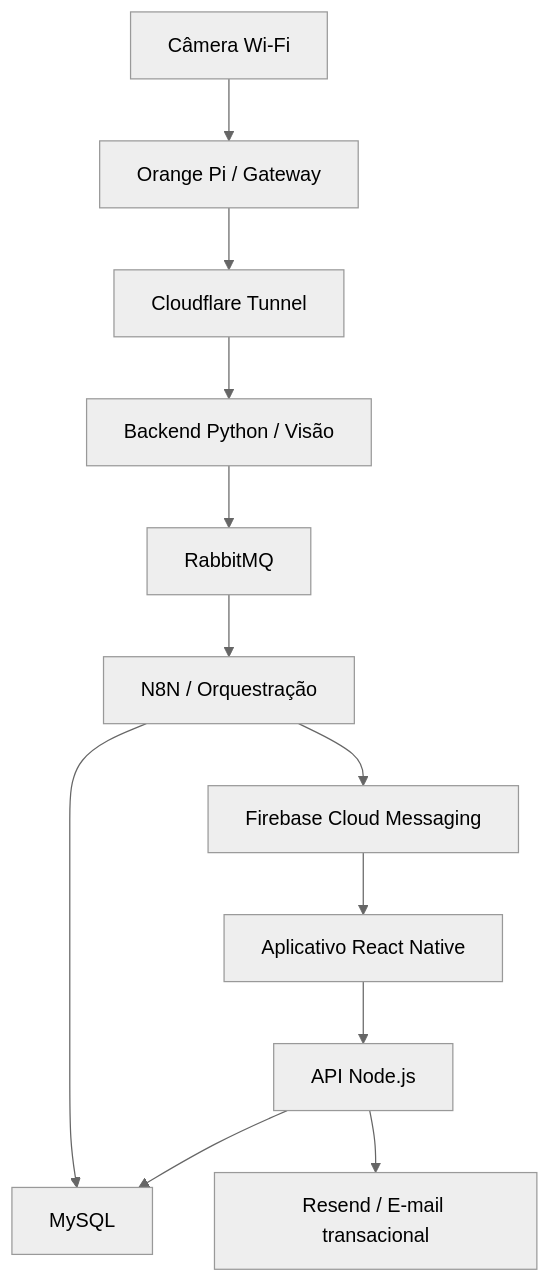
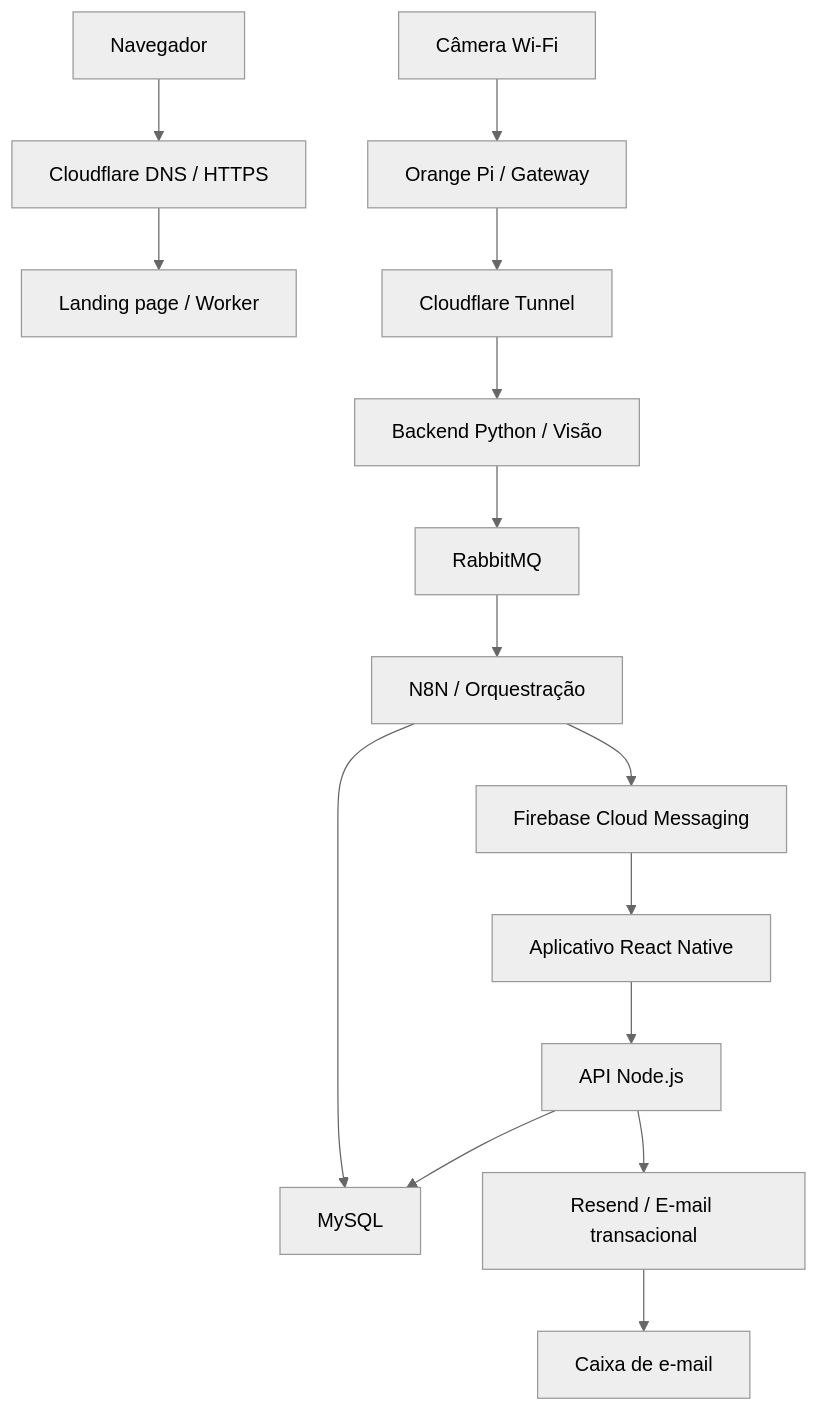
One commit to poolsafe/poolsafe-app-frontend changed the diagram in POOLSAFE_SOURCE_OF_TRUTH.md. Above: the diagram before and after it, drawn with Mermaid (neutral theme). The commit also changed other lines of this file and 9 other files, not shown here.

Commit message:
feat: implement authentication flows, API types, and validation schemas with unit tests

````diff
--- a/POOLSAFE_SOURCE_OF_TRUTH.md
+++ b/POOLSAFE_SOURCE_OF_TRUTH.md
@@ -80,14 +84,17 @@
 ```mermaid
 flowchart TD
+    WEB["Navegador"] --> EDGE["Cloudflare DNS / HTTPS"]
+    EDGE --> SITE["Landing page / Worker"]
     CAM["Câmera Wi-Fi"] --> GW["Orange Pi / Gateway"]
     GW --> CF["Cloudflare Tunnel"]
     CF --> PY["Backend Python / Visão"]
     PY --> MQ["RabbitMQ"]
     MQ --> N8N["N8N / Orquestração"]
     N8N --> DB["MySQL"]
     N8N --> FCM["Firebase Cloud Messaging"]
     FCM --> APP["Aplicativo React Native"]
     APP --> API["API Node.js"]
     API --> DB
     API --> EMAIL["Resend / E-mail transacional"]
+    EMAIL --> MAIL["Caixa de e-mail"]
 ```
````
